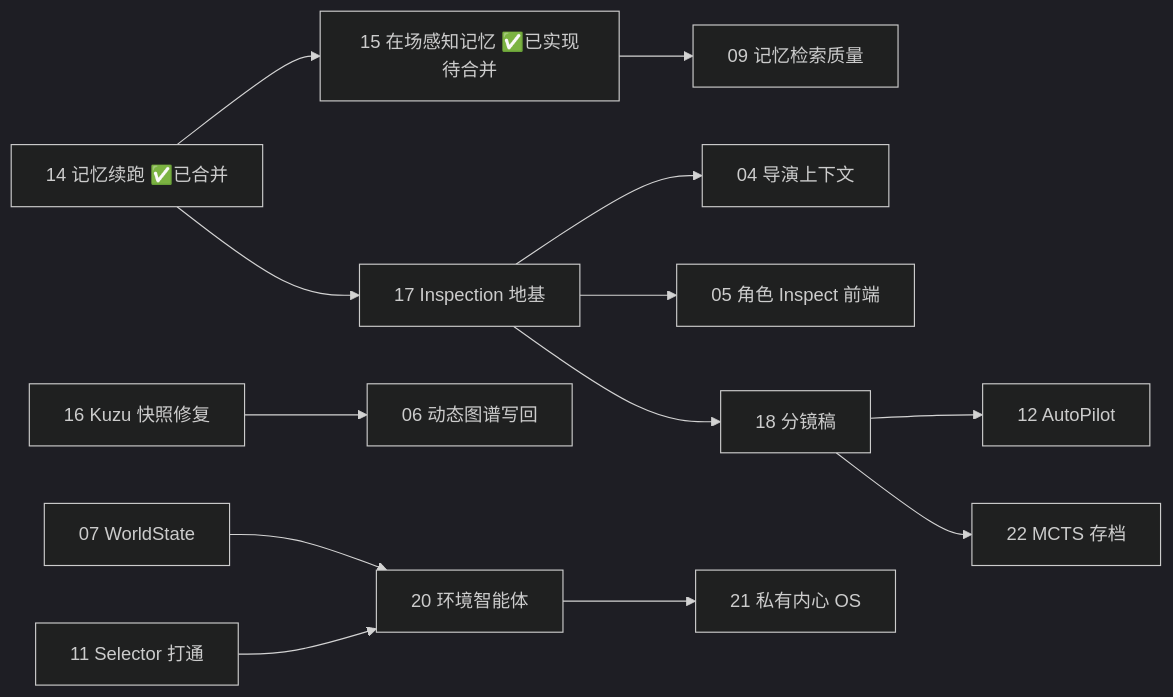
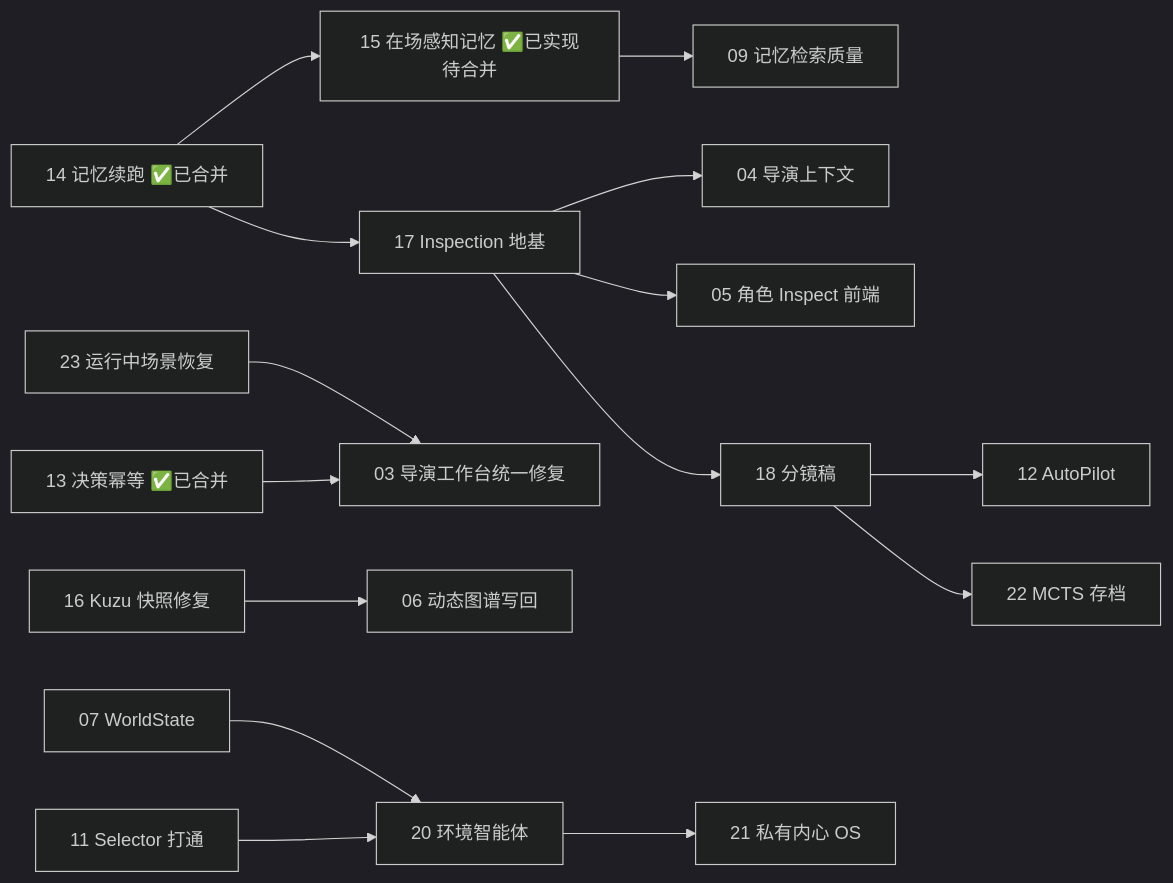
Before and after one commit to YuanPeixi/PlotSystem2: the diagram in docs/fix-tickets/README.md, drawn with Mermaid (dark theme). The commit also changed other lines of this file and 1 other file, not shown here.

````diff
--- a/docs/fix-tickets/README.md
+++ b/docs/fix-tickets/README.md
@@ -158,15 +164,17 @@
 ```mermaid
 graph LR
   T14[14 记忆续跑 ✅已合并] --> T15[15 在场感知记忆 ✅已实现待合并]
   T14 --> T17[17 Inspection 地基]
   T15 --> T09[09 记忆检索质量]
+  T23[23 运行中场景恢复] --> T03[03 导演工作台统一修复]
+  T13[13 决策幂等 ✅已合并] --> T03
   T16[16 Kuzu 快照修复] --> T06[06 动态图谱写回]
   T17 --> T04[04 导演上下文]
   T17 --> T05[05 角色 Inspect 前端]
   T17 --> T18[18 分镜稿]
   T18 --> T12[12 AutoPilot]
   T18 --> T22[22 MCTS 存档]
   T07[07 WorldState] --> T20[20 环境智能体]
   T11[11 Selector 打通] --> T20
   T20 --> T21[21 私有内心 OS]
 ```
````
